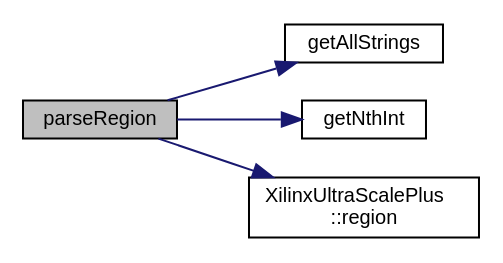
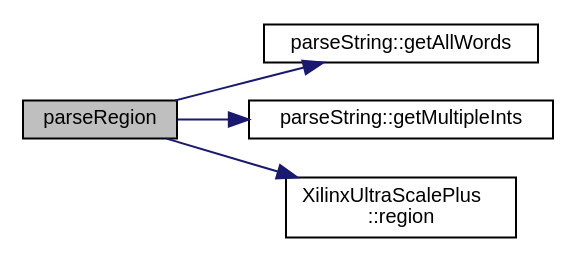
Before and after one commit to FPGA-Research-Manchester/byteman: the diagram in byteman_8cpp_a65e06ace3e66b81b8ec14ec72dae1830_cgraph.dot, drawn with Graphviz. The commit also changed 566 other files, not shown here.

```diff
--- a/byteman_8cpp_a65e06ace3e66b81b8ec14ec72dae1830_cgraph.dot
+++ b/byteman_8cpp_a65e06ace3e66b81b8ec14ec72dae1830_cgraph.dot
@@ -1,15 +1,15 @@
 digraph "parseRegion"
 {
  // INTERACTIVE_SVG=YES
  // LATEX_PDF_SIZE
   edge [fontname="Helvetica",fontsize="10",labelfontname="Helvetica",labelfontsize="10"];
   node [fontname="Helvetica",fontsize="10",shape=record];
   rankdir="LR";
   Node1 [label="parseRegion",height=0.2,width=0.4,color="black", fillcolor="grey75", style="filled", fontcolor="black",tooltip=" "];
   Node1 -> Node2 [color="midnightblue",fontsize="10",style="solid",fontname="Helvetica"];
-  Node2 [label="getAllStrings",height=0.2,width=0.4,color="black", fillcolor="white", style="filled",URL="$byteman_8cpp.html#a7387d6a5da2c3ae1a51a14b1c0855112",tooltip=" "];
+  Node2 [label="parseString::getAllWords",height=0.2,width=0.4,color="black", fillcolor="white", style="filled",URL="$namespaceparseString.html#a75a5ff436adf2f18ea551bd79f7a55a0",tooltip=" "];
   Node1 -> Node3 [color="midnightblue",fontsize="10",style="solid",fontname="Helvetica"];
-  Node3 [label="getNthInt",height=0.2,width=0.4,color="black", fillcolor="white", style="filled",URL="$byteman_8cpp.html#a7e6d949e69ac4f52a80dad0b6d62de02",tooltip=" "];
+  Node3 [label="parseString::getMultipleInts",height=0.2,width=0.4,color="black", fillcolor="white", style="filled",URL="$namespaceparseString.html#ac06596f0fa8d4218207a451019f59df4",tooltip=" "];
   Node1 -> Node4 [color="midnightblue",fontsize="10",style="solid",fontname="Helvetica"];
   Node4 [label="XilinxUltraScalePlus\l::region",height=0.2,width=0.4,color="black", fillcolor="white", style="filled",URL="$classXilinxUltraScalePlus.html#ab0f4022be98e6a142e5a9331e7ed79ea",tooltip=" "];
 }
```
